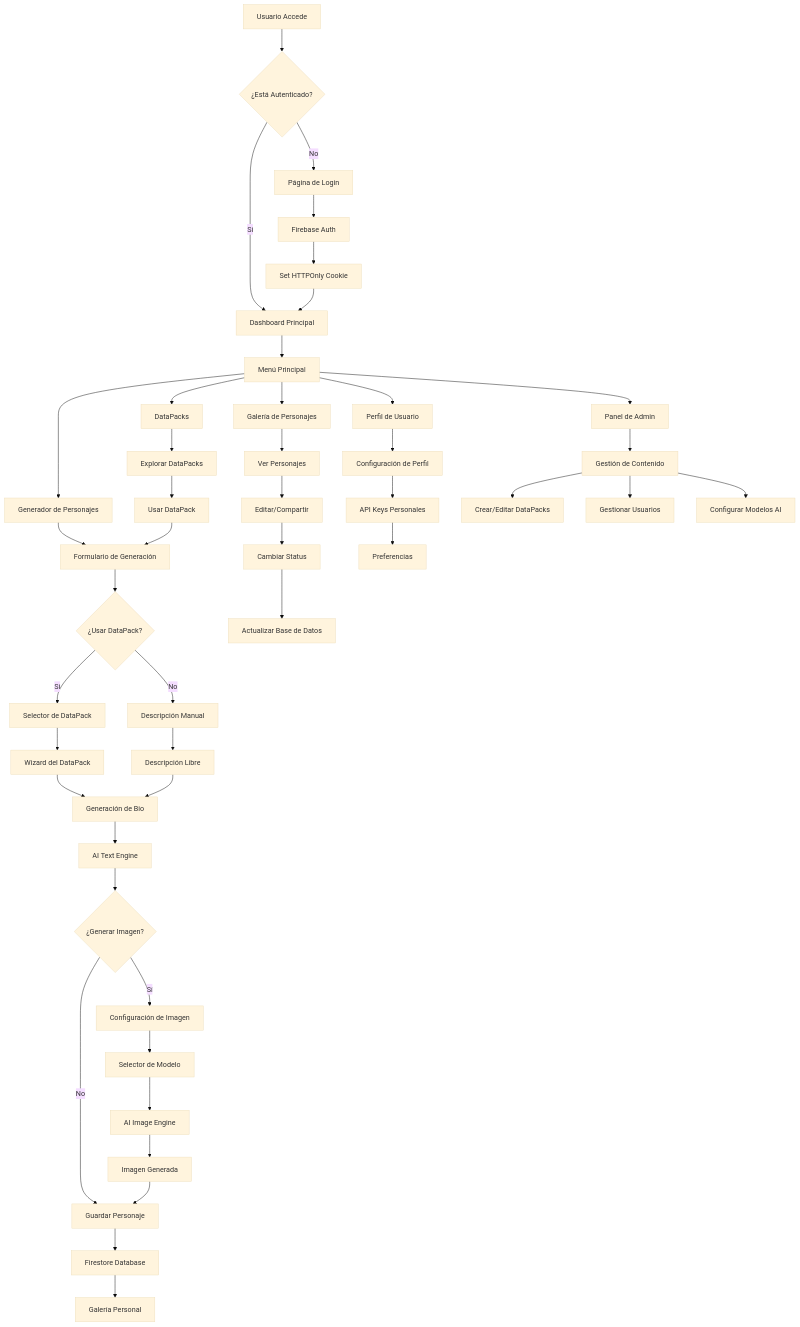
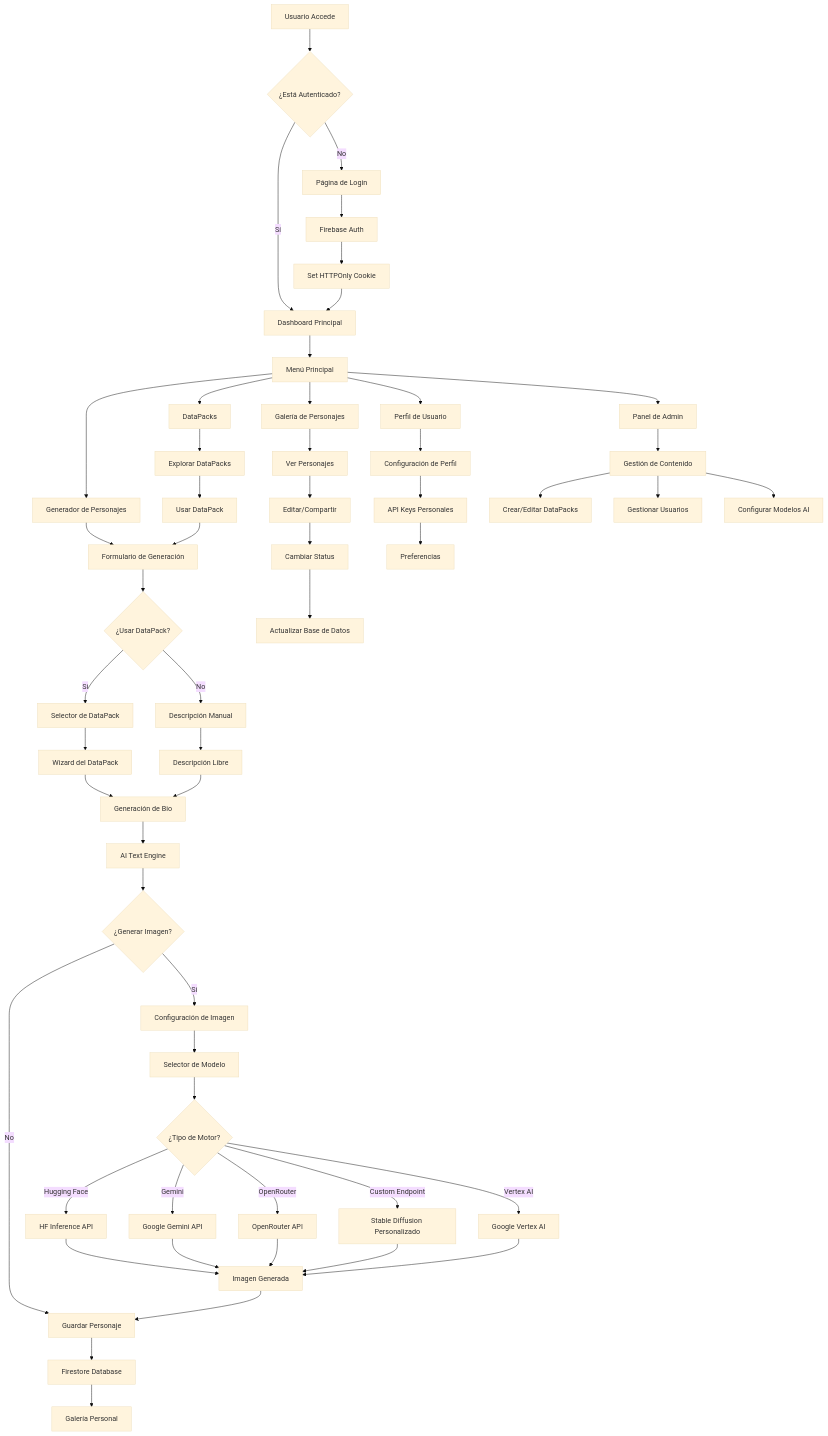
Before and after one commit to Leem0nStudio/CHARAFORGE-KL9K: the first of 7 diagrams in FLUJO_APLICACION.md, drawn with Mermaid (base theme). The commit also changed other lines of this file and 6 other files, not shown here.

Commit message:
Add custom Stable Diffusion endpoints with flexible image generation

````diff
--- a/FLUJO_APLICACION.md
+++ b/FLUJO_APLICACION.md
@@ -5,59 +5,69 @@
 ```mermaid
 graph TD
     A[Usuario Accede] --> B{¿Está Autenticado?}
     B -->|No| C[Página de Login]
     B -->|Sí| D[Dashboard Principal]
     
     C --> E[Firebase Auth]
     E --> F[Set HTTPOnly Cookie]
     F --> D
     
     D --> G[Menú Principal]
     G --> H[Generador de Personajes]
     G --> I[Galería de Personajes]
     G --> J[DataPacks]
     G --> K[Perfil de Usuario]
     G --> L[Panel de Admin]
     
     H --> M[Formulario de Generación]
     M --> N{¿Usar DataPack?}
     N -->|Sí| O[Selector de DataPack]
     N -->|No| P[Descripción Manual]
     
     O --> Q[Wizard del DataPack]
     P --> R[Descripción Libre]
     
     Q --> S[Generación de Bio]
     R --> S
     
     S --> T[AI Text Engine]
     T --> U{¿Generar Imagen?}
     U -->|Sí| V[Configuración de Imagen]
     U -->|No| W[Guardar Personaje]
     
     V --> X[Selector de Modelo]
-    X --> Y[AI Image Engine]
-    Y --> Z[Imagen Generada]
-    Z --> W
+    X --> Y{¿Tipo de Motor?}
+    Y -->|Hugging Face| Z[HF Inference API]
+    Y -->|Gemini| AA[Google Gemini API]
+    Y -->|OpenRouter| BB[OpenRouter API]
+    Y -->|Custom Endpoint| CC[Stable Diffusion Personalizado]
+    Y -->|Vertex AI| DD[Google Vertex AI]
     
-    W --> AA[Firestore Database]
-    AA --> BB[Galería Personal]
+    Z --> EE[Imagen Generada]
+    AA --> EE
+    BB --> EE
+    CC --> EE
+    DD --> EE
     
-    I --> CC[Ver Personajes]
-    CC --> DD[Editar/Compartir]
-    DD --> EE[Cambiar Status]
-    EE --> FF[Actualizar Base de Datos]
+    EE --> W
+    W --> FF[Firestore Database]
+    FF --> GG[Galería Personal]
     
-    J --> GG[Explorar DataPacks]
-    GG --> HH[Usar DataPack]
-    HH --> M
+    I --> HH[Ver Personajes]
+    HH --> II[Editar/Compartir]
+    II --> JJ[Cambiar Status]
+    JJ --> KK[Actualizar Base de Datos]
     
-    K --> II[Configuración de Perfil]
-    II --> JJ[API Keys Personales]
-    JJ --> KK[Preferencias]
+    J --> LL[Explorar DataPacks]
+    LL --> MM[Usar DataPack]
+    MM --> M
     
-    L --> LL[Gestión de Contenido]
-    LL --> MM[Crear/Editar DataPacks]
-    LL --> NN[Gestionar Usuarios]
-    LL --> OO[Configurar Modelos AI]
+    K --> NN[Configuración de Perfil]
+    NN --> OO[API Keys Personales]
+    OO --> PP[Preferencias]
+    
+    L --> QQ[Gestión de Contenido]
+    QQ --> RR[Crear/Editar DataPacks]
+    QQ --> SS[Gestionar Usuarios]
+    QQ --> TT[Configurar Modelos AI]
 ```
````
